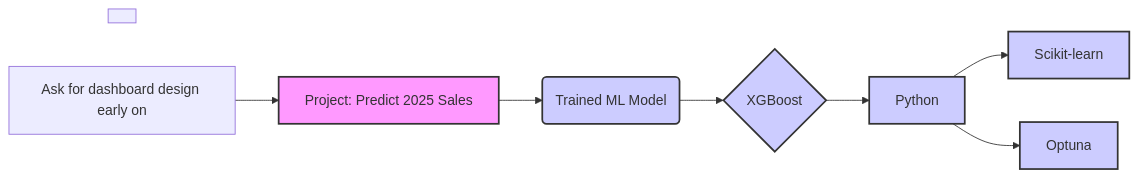
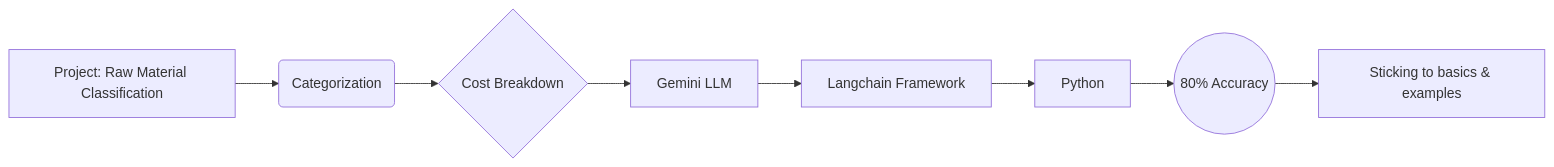
One commit to aditya699/AI-AGENTS changed the diagram in wikiagent/wiki.md. Above: the diagram before and after it, drawn with Mermaid. The commit also changed other lines of this file and 1 other file, not shown here.

````diff
--- a/wikiagent/wiki.md
+++ b/wikiagent/wiki.md
@@ -20,18 +23,10 @@
 ```mermaid
 graph LR
-A[Project: Predict 2025 Sales] --> B(Trained ML Model);
-B --> C{XGBoost};
-C --> D[Python];
-D --> E[Scikit-learn];
-D --> F[Optuna];
-subgraph " "
-    style A fill:#f9f,stroke:#333,stroke-width:2px
-    style B fill:#ccf,stroke:#333,stroke-width:2px
-    style C fill:#ccf,stroke:#333,stroke-width:2px
-    style D fill:#ccf,stroke:#333,stroke-width:2px
-    style E fill:#ccf,stroke:#333,stroke-width:2px
-    style F fill:#ccf,stroke:#333,stroke-width:2px
-
-end
-G[Ask for dashboard design early on] --> A;
+A[Project: Raw Material Classification] --> B(Categorization);
+B --> C{Cost Breakdown};
+C --> D[Gemini LLM];
+D --> E[Langchain Framework];
+E --> F[Python];
+F --> G((80% Accuracy));
+G --> H[Sticking to basics & examples];
 ```
````
